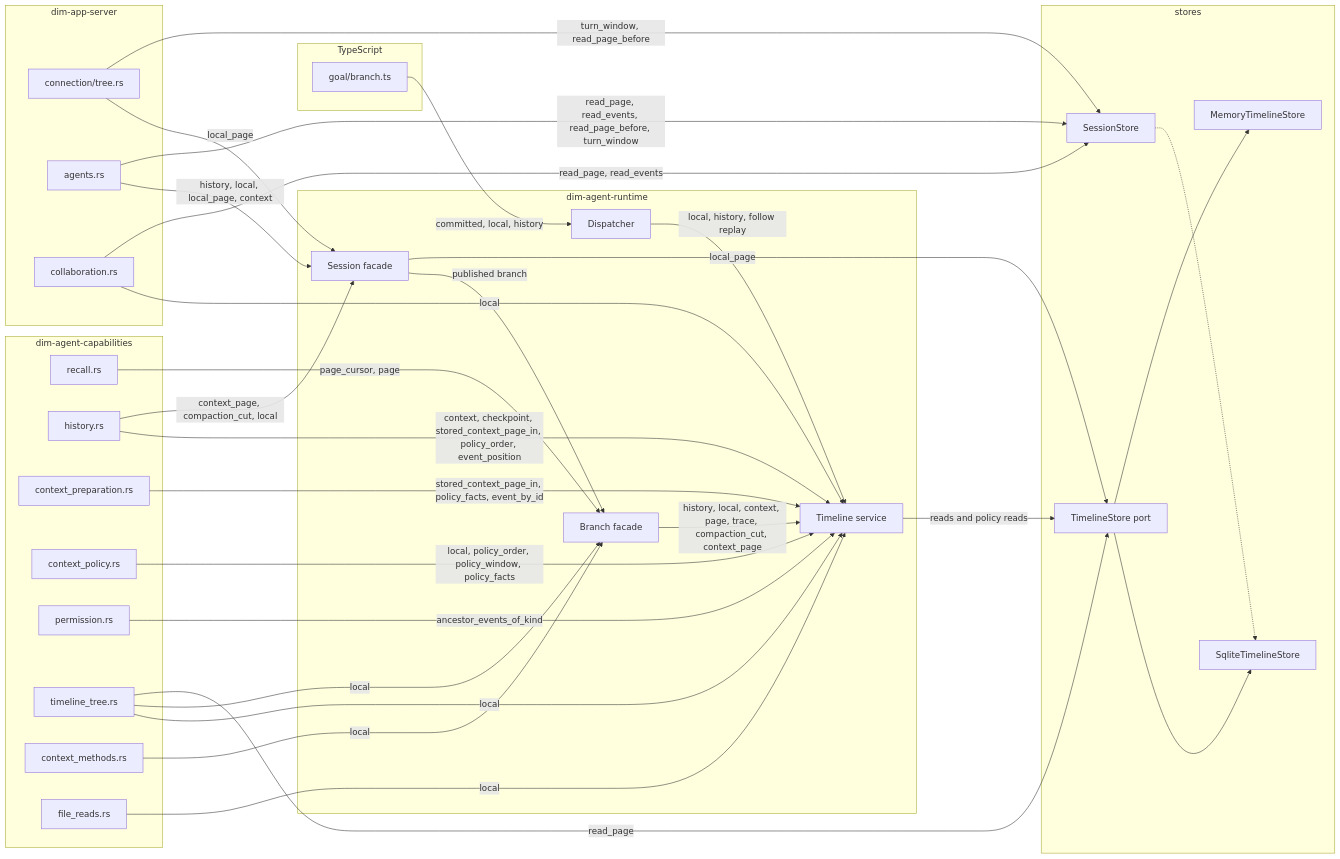
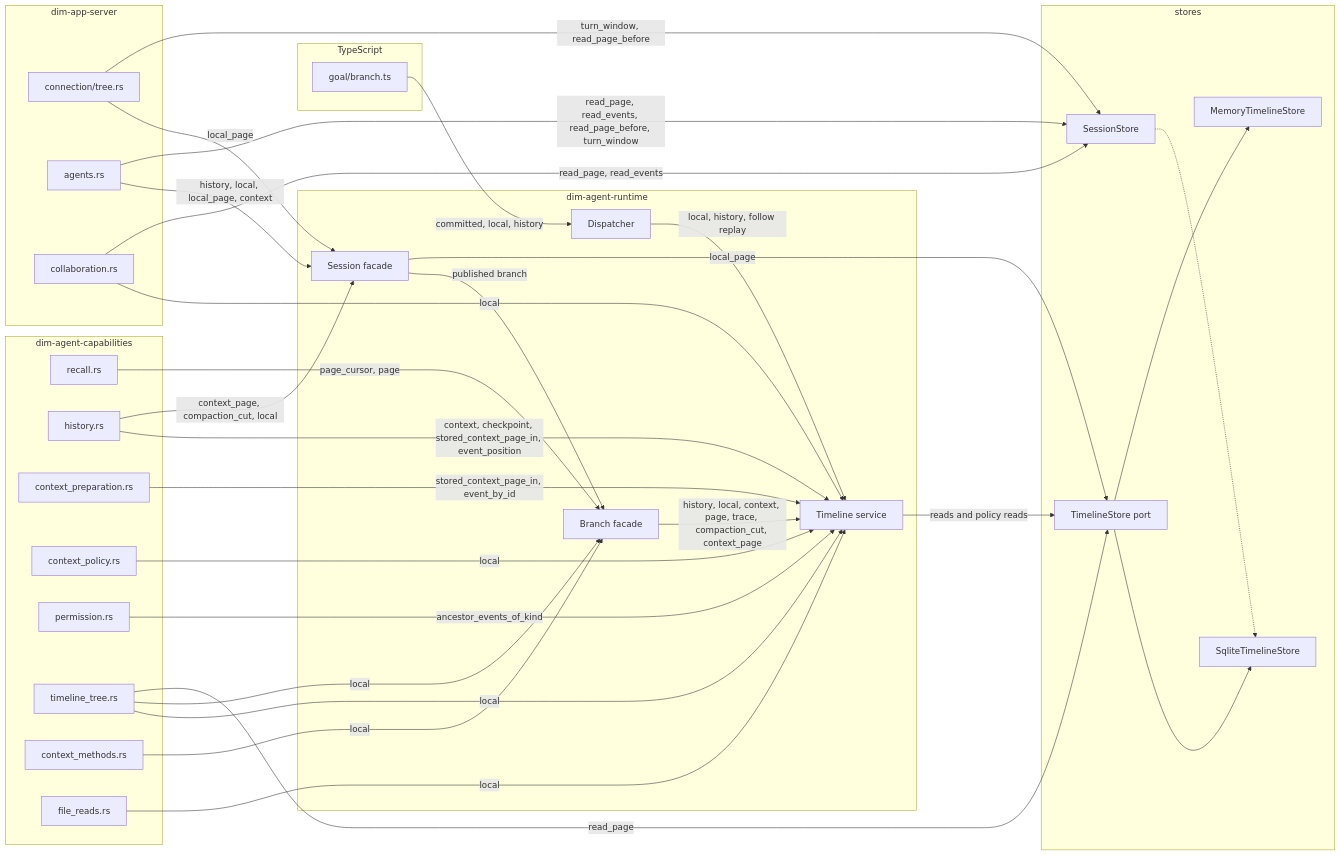
One commit to CoutinhoTTS/dim-agent changed the first of 2 diagrams in docs/design/timeline-read-entries.md. Above: the diagram before and after it, drawn with Mermaid. The commit also changed other lines of this file and 18 other files, not shown here.

````diff
--- a/docs/design/timeline-read-entries.md
+++ b/docs/design/timeline-read-entries.md
@@ -69,59 +66,59 @@
 ```mermaid
 flowchart LR
   subgraph TS[TypeScript]
     goal[goal/branch.ts]
   end
   subgraph CAP[dim-agent-capabilities]
     recall[recall.rs]
     hist[history.rs]
     prep[context_preparation.rs]
     pol[context_policy.rs]
     perm[permission.rs]
     tree[timeline_tree.rs]
     ctxm[context_methods.rs]
     reads[file_reads.rs]
   end
   subgraph APP[dim-app-server]
     conn[connection/tree.rs]
     agents[agents.rs]
     collab[collaboration.rs]
   end
   subgraph RT[dim-agent-runtime]
     Agent[Session facade]
     Branch[Branch facade]
     Disp[Dispatcher]
     TL[Timeline service]
   end
   subgraph ST[stores]
     Port[TimelineStore port]
     SS[SessionStore]
     Sql[SqliteTimelineStore]
     Mem[MemoryTimelineStore]
   end
   goal -->|committed, local, history| Disp
   Disp -->|local, history, follow replay| TL
   recall -->|page_cursor, page| Branch
   ctxm -->|local| Branch
-  hist -->|context, checkpoint, stored_context_page_in, policy_order, event_position| TL
+  hist -->|context, checkpoint, stored_context_page_in, event_position| TL
   hist -->|context_page, compaction_cut, local| Agent
-  prep -->|stored_context_page_in, policy_facts, event_by_id| TL
-  pol -->|local, policy_order, policy_window, policy_facts| TL
+  prep -->|stored_context_page_in, event_by_id| TL
+  pol -->|local| TL
   perm -->|ancestor_events_of_kind| TL
   reads -->|local| TL
   tree -->|local| TL
   tree -->|local| Branch
   tree -->|read_page| Port
   conn -->|local_page| Agent
   conn -->|turn_window, read_page_before| SS
   agents -->|history, local, local_page, context| Agent
   agents -->|read_page, read_events, read_page_before, turn_window| SS
   collab -->|local| TL
   collab -->|read_page, read_events| SS
   Agent -->|published branch| Branch
   Agent -->|local_page| Port
   Branch -->|history, local, context, page, trace, compaction_cut, context_page| TL
   TL -->|reads and policy reads| Port
   Port --> Sql
   Port --> Mem
   SS -.-> Sql
 ```
````
